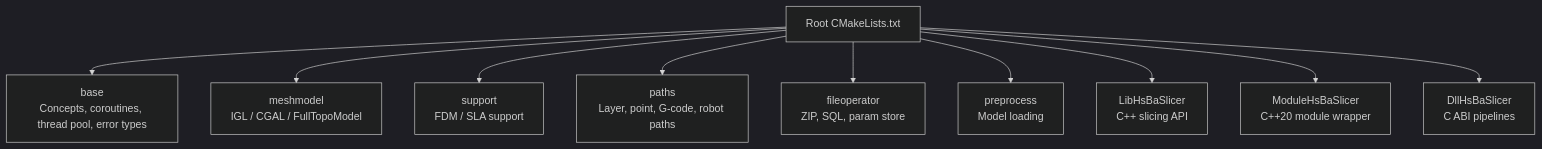
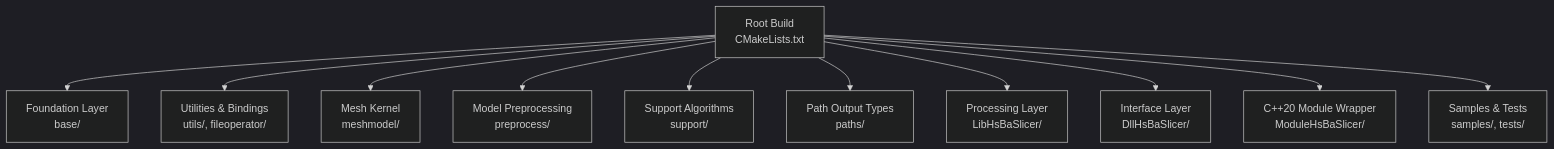
Before and after one commit to hsmbanlance/HsBaSlicer: the first of 13 diagrams in .qoder/repowiki/en/content/Architecture Overview.md, drawn with Mermaid (dark theme). The commit also changed other lines of this file and 1095 other files, not shown here.

````diff
--- a/.qoder/repowiki/en/content/Architecture Overview.md
+++ b/.qoder/repowiki/en/content/Architecture Overview.md
@@ -50,22 +55,13 @@
 ```mermaid
 graph TB
-Root["Root CMakeLists.txt"]
-Base["base<br/>Concepts, coroutines, thread pool, error types"]
-Mesh["meshmodel<br/>IGL / CGAL / FullTopoModel"]
-Support["support<br/>FDM / SLA support"]
-Paths["paths<br/>Layer, point, G-code, robot paths"]
-FileOp["fileoperator<br/>ZIP, SQL, param store"]
-Preprocess["preprocess<br/>Model loading"]
-Lib["LibHsBaSlicer<br/>C++ slicing API"]
-Module["ModuleHsBaSlicer<br/>C++20 module wrapper"]
-Dll["DllHsBaSlicer<br/>C ABI pipelines"]
-Root --> Base
-Root --> Mesh
-Root --> Support
-Root --> Paths
-Root --> FileOp
-Root --> Preprocess
-Root --> Lib
-Root --> Module
-Root --> Dll
+Root["Root Build<br/>CMakeLists.txt"] --> Base["Foundation Layer<br/>base/"]
+Root --> Utils["Utilities & Bindings<br/>utils/, fileoperator/"]
+Root --> Mesh["Mesh Kernel<br/>meshmodel/"]
+Root --> Preprocess["Model Preprocessing<br/>preprocess/"]
+Root --> Support["Support Algorithms<br/>support/"]
+Root --> Paths["Path Output Types<br/>paths/"]
+Root --> Lib["Processing Layer<br/>LibHsBaSlicer/"]
+Root --> Dll["Interface Layer<br/>DllHsBaSlicer/"]
+Root --> Module["C++20 Module Wrapper<br/>ModuleHsBaSlicer/"]
+Root --> Samples["Samples & Tests<br/>samples/, tests/"]
 ```
````
